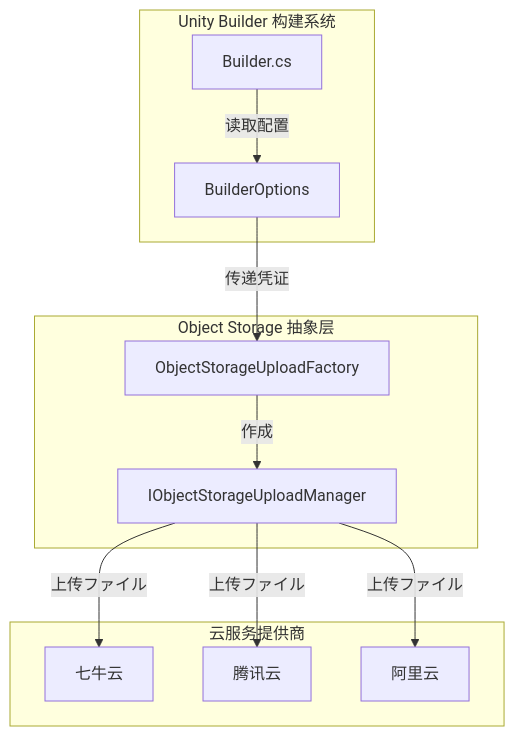
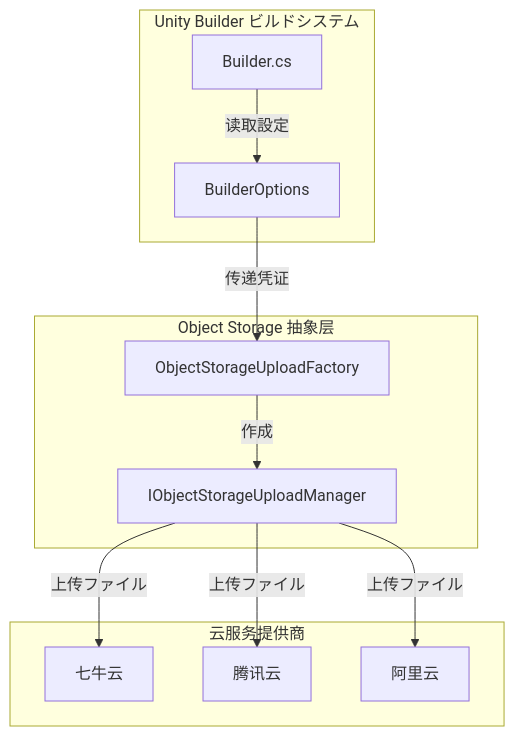
Before and after one commit to AlianBlank/GameFrameX.Docs: the first of 2 diagrams in docs/ja/client/unity/component/builder/06.object-storage.md, drawn with Mermaid. The commit also changed other lines of this file and 320 other files, not shown here.

````diff
--- a/docs/ja/client/unity/component/builder/06.object-storage.md
+++ b/docs/ja/client/unity/component/builder/06.object-storage.md
@@ -22,25 +22,25 @@
 ```mermaid
 flowchart TD
-    subgraph Builder["Unity Builder 构建系统"]
+    subgraph Builder["Unity Builder ビルドシステム"]
         B[Builder.cs]
         BO[BuilderOptions]
     end
 
     subgraph ObjectStorage["Object Storage 抽象层"]
         Factory[ObjectStorageUploadFactory]
         Manager[ IObjectStorageUploadManager]
     end
 
     subgraph CloudProviders["云服务提供商"]
         QC[七牛云]
         TC[腾讯云]
         AL[阿里云]
     end
 
-    B -->|读取配置| BO
+    B -->|读取設定| BO
     BO -->|传递凭证| Factory
     Factory -->|作成| Manager
     Manager -->|上传ファイル| QC
     Manager -->|上传ファイル| TC
     Manager -->|上传ファイル| AL
 ```
````
